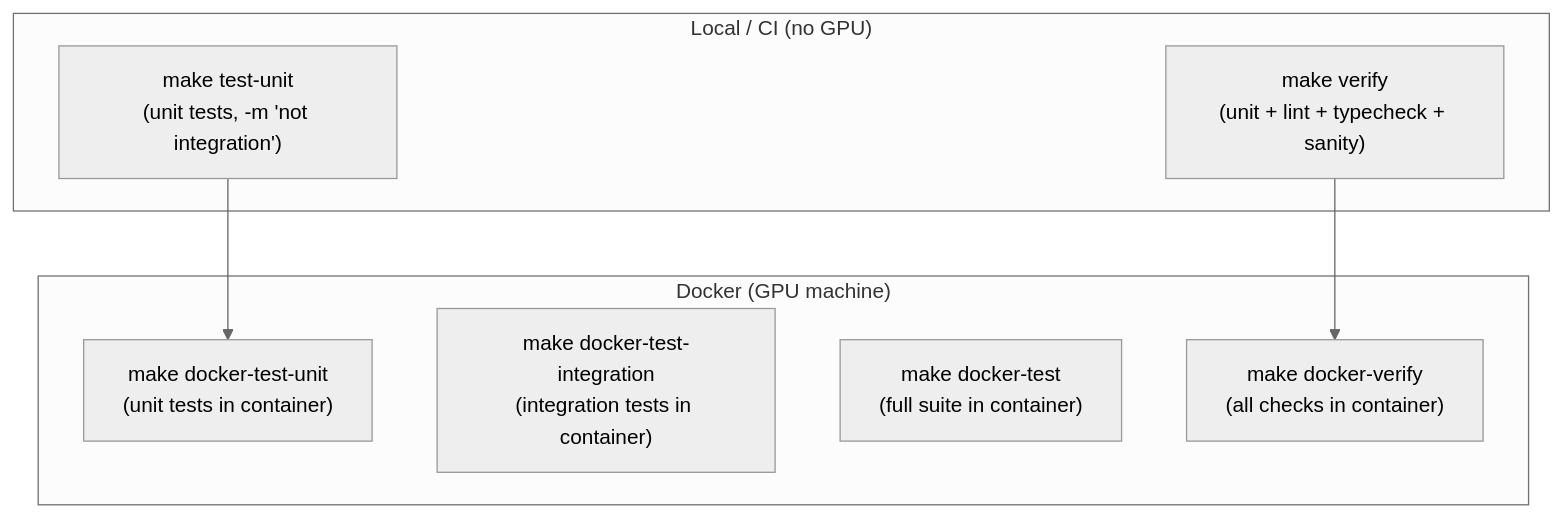
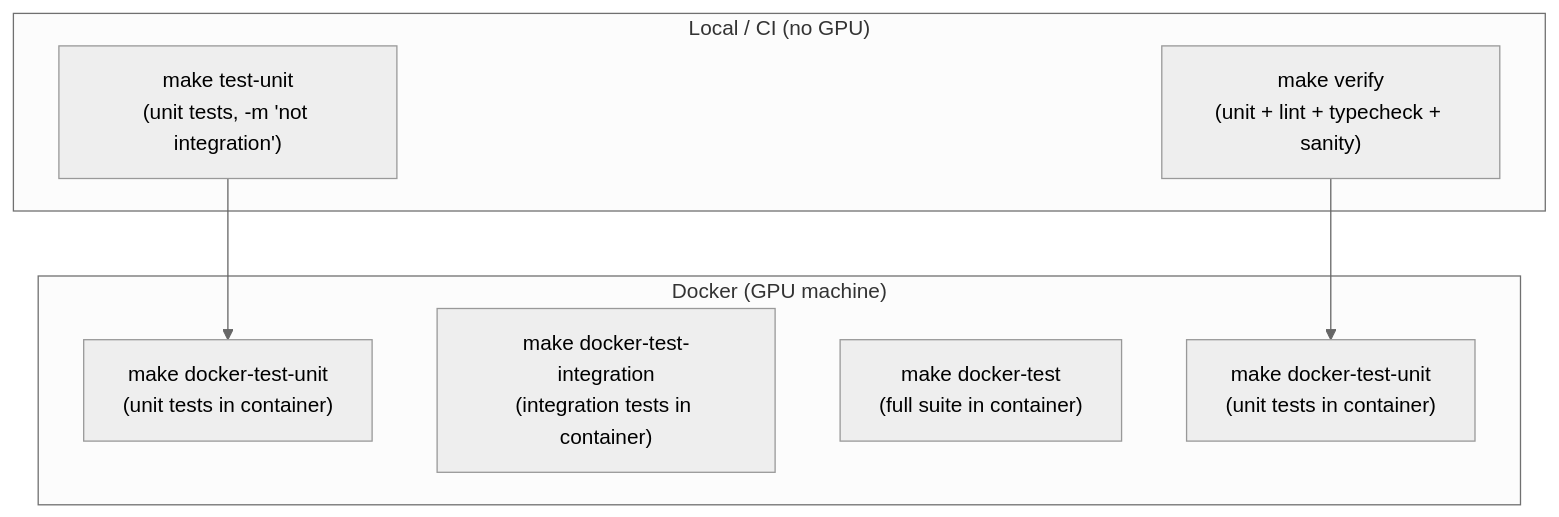
Before and after one commit to Expo39/Uncertainty-Conditioned-RL-with-Evidential-Policy-Networks-for-Autonomous-Systems: the diagram in tests/README.md, drawn with Mermaid (neutral theme). The commit also changed other lines of this file and 4 other files, not shown here.

````diff
--- a/tests/README.md
+++ b/tests/README.md
@@ -13,17 +13,17 @@
 ```mermaid
 flowchart TB
     subgraph local["Local / CI (no GPU)"]
         UNIT["make test-unit\n(unit tests, -m 'not integration')"]
         VERIFY["make verify\n(unit + lint + typecheck + sanity)"]
     end
 
     subgraph docker["Docker (GPU machine)"]
         DU["make docker-test-unit\n(unit tests in container)"]
         DI["make docker-test-integration\n(integration tests in container)"]
         DF["make docker-test\n(full suite in container)"]
-        DV["make docker-verify\n(all checks in container)"]
+        DV["make docker-test-unit\n(unit tests in container)"]
     end
 
     UNIT --> DU
     VERIFY --> DV
 ```
````
